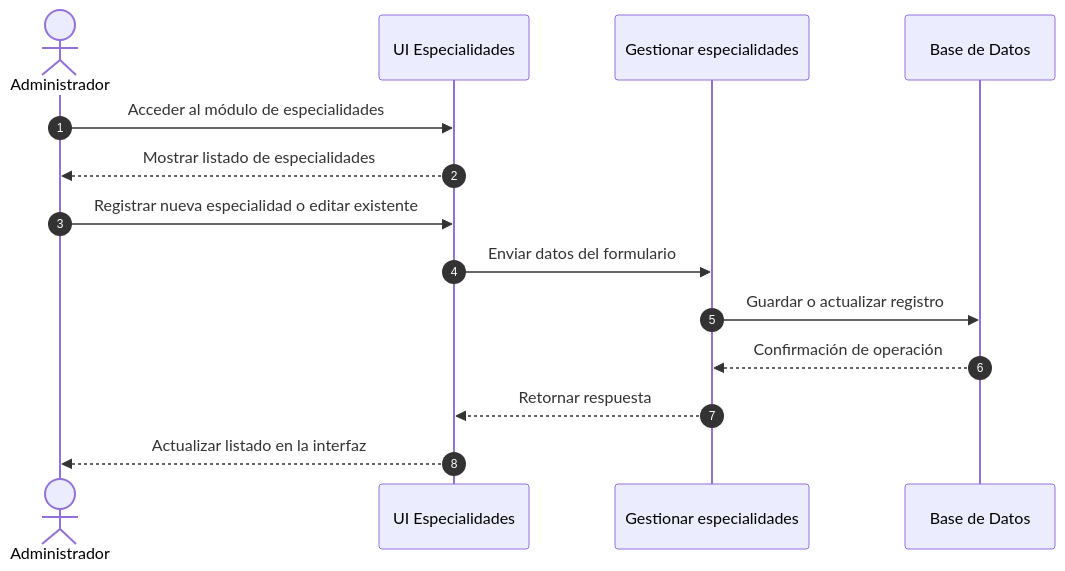
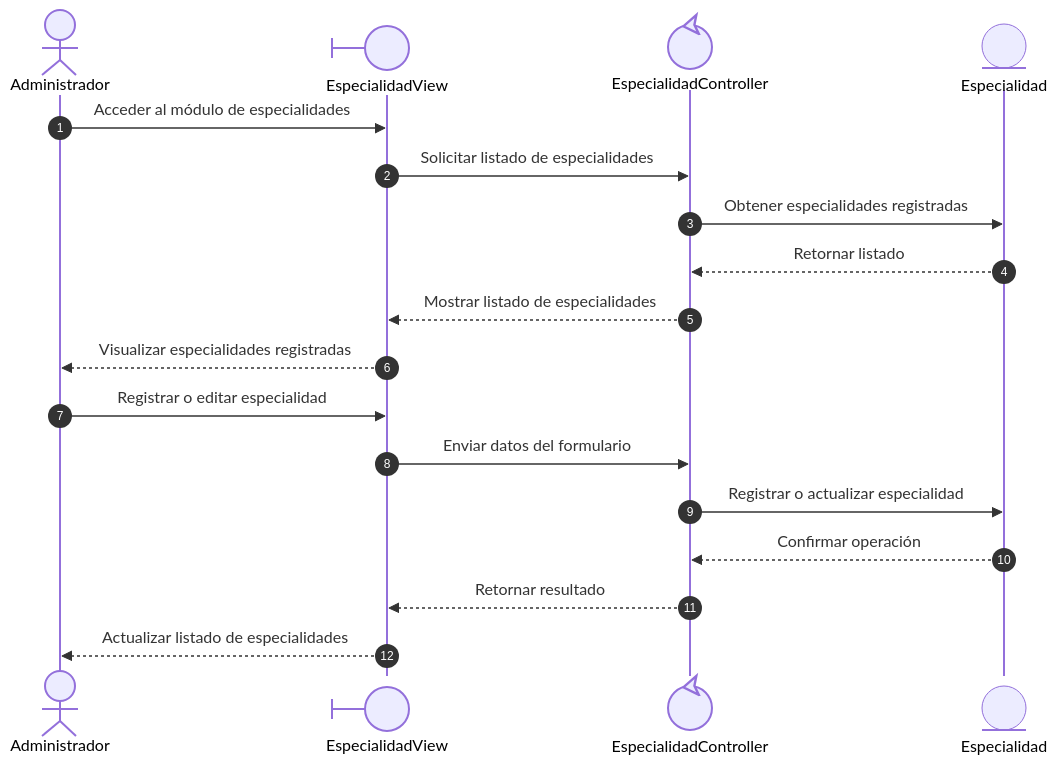
The second of 7 diagrams in README.md (MAYnerAC/proyecto-clt), drawn with Mermaid before and after one commit. The commit also changed other lines of this file, not shown here.

Commit message:
Diagramas - Observaciones

````diff
--- a/README.md
+++ b/README.md
@@ -38,18 +43,29 @@
 ```mermaid
 sequenceDiagram
     autonumber
-    actor A1 as Administrador
-    participant UI_Especialidades as UI Especialidades
-    participant Gestionar_Especialidades as Gestionar especialidades
-    participant BD as Base de Datos
 
-    A1 ->> UI_Especialidades: Acceder al módulo de especialidades
-    UI_Especialidades -->> A1: Mostrar listado de especialidades
-    A1 ->> UI_Especialidades: Registrar nueva especialidad o editar existente
-    UI_Especialidades ->> Gestionar_Especialidades: Enviar datos del formulario
-    Gestionar_Especialidades ->> BD: Guardar o actualizar registro
-    BD -->> Gestionar_Especialidades: Confirmación de operación
-    Gestionar_Especialidades -->> UI_Especialidades: Retornar respuesta
-    UI_Especialidades -->> A1: Actualizar listado en la interfaz
+    actor Administrador
+
+    participant EspecialidadView@{ "type": "boundary" }
+    participant EspecialidadController@{ "type": "control" }
+    participant Especialidad@{ "type": "entity" }
+
+    Administrador ->> EspecialidadView: Acceder al módulo de especialidades
+    EspecialidadView ->> EspecialidadController: Solicitar listado de especialidades
+
+    EspecialidadController ->> Especialidad: Obtener especialidades registradas
+    Especialidad -->> EspecialidadController: Retornar listado
+
+    EspecialidadController -->> EspecialidadView: Mostrar listado de especialidades
+    EspecialidadView -->> Administrador: Visualizar especialidades registradas
+
+    Administrador ->> EspecialidadView: Registrar o editar especialidad
+    EspecialidadView ->> EspecialidadController: Enviar datos del formulario
+
+    EspecialidadController ->> Especialidad: Registrar o actualizar especialidad
+    Especialidad -->> EspecialidadController: Confirmar operación
+
+    EspecialidadController -->> EspecialidadView: Retornar resultado
+    EspecialidadView -->> Administrador: Actualizar listado de especialidades
 
 ```
````
